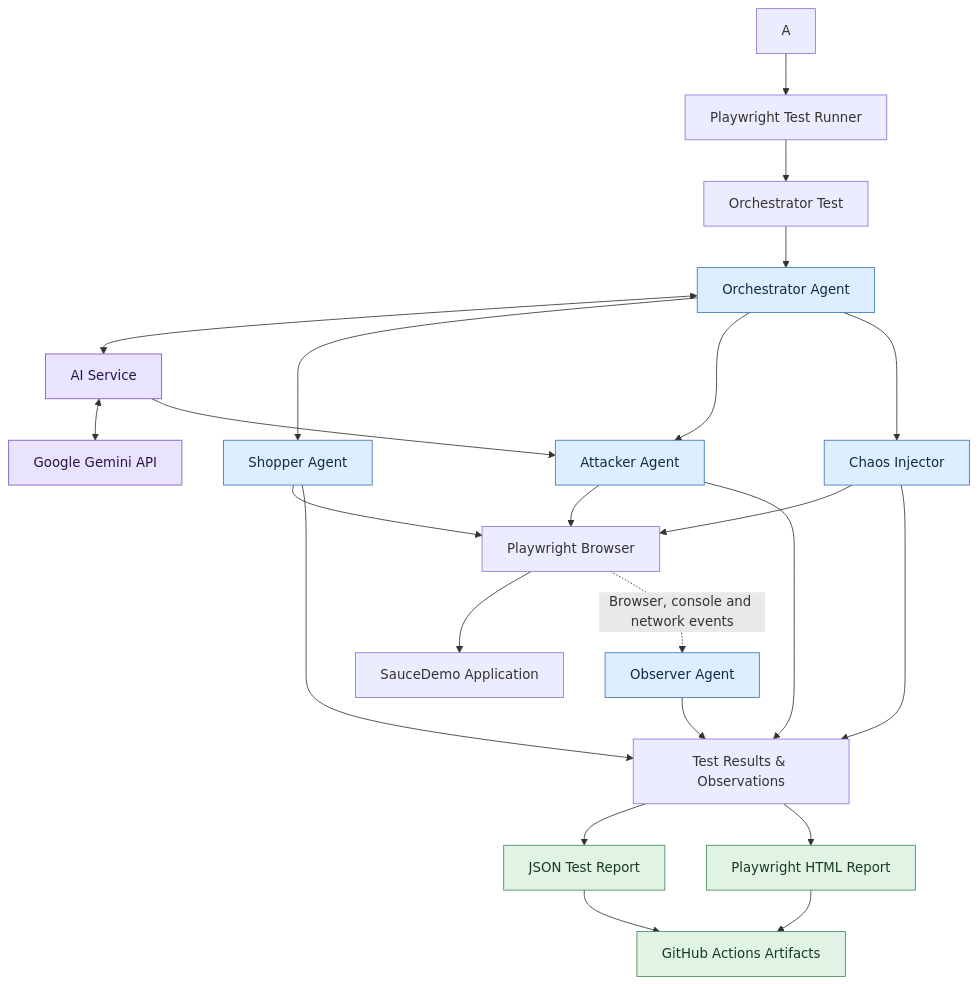
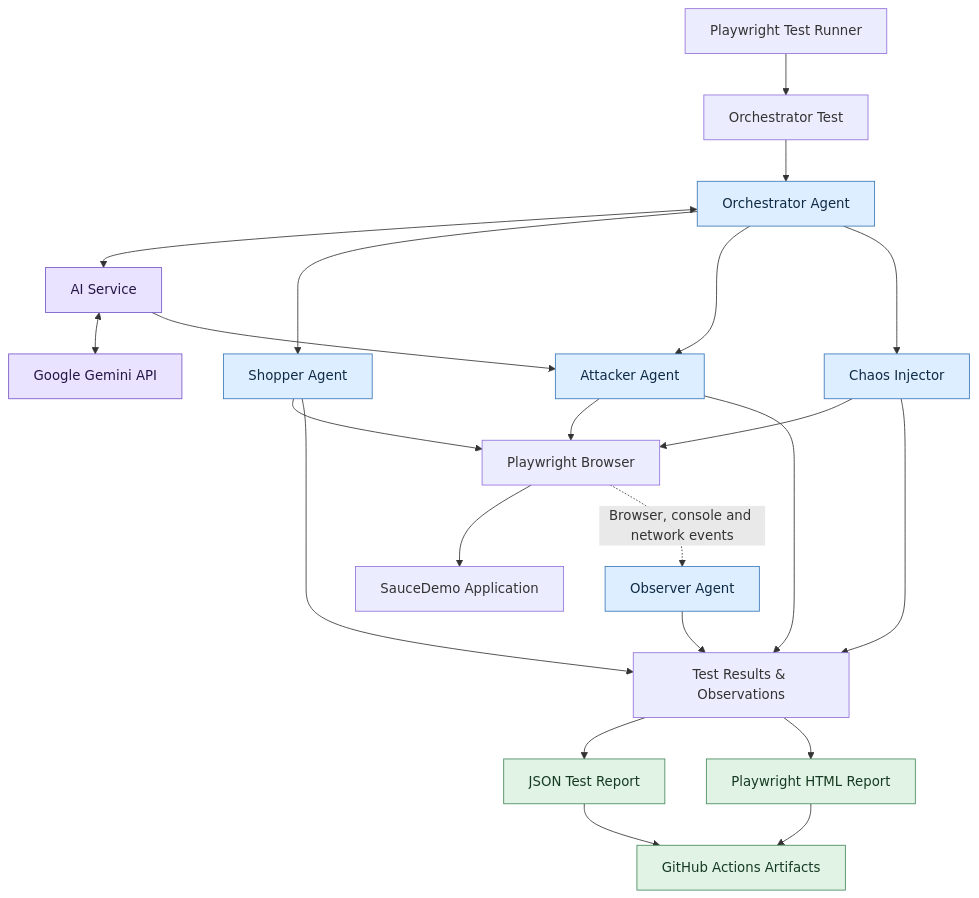
Before and after one commit to jobel1/AI-Powered-Multi-Agent-QA-Automation-Framework: the diagram in README.md, drawn with Mermaid.

Commit message:
Fix formatting in Project Architecture diagram

````diff
--- a/README.md
+++ b/README.md
@@ -19,42 +19,42 @@
 ```mermaid
 flowchart TD
-    A --> B["Playwright Test Runner"]
+    B["Playwright Test Runner"]
     B --> C["Orchestrator Test"]
     C --> D["Orchestrator Agent"]
 
     D <--> E["AI Service"]
     E <--> F["Google Gemini API"]
 
     D --> G["Shopper Agent"]
     D --> H["Attacker Agent"]
     D --> I["Chaos Injector"]
 
     E --> H
 
     G --> J["Playwright Browser"]
     H --> J
     I --> J
 
     J --> K["SauceDemo Application"]
 
     J -. "Browser, console and network events" .-> L["Observer Agent"]
     L --> M["Test Results & Observations"]
 
     G --> M
     H --> M
     I --> M
 
     M --> N["JSON Test Report"]
     M --> O["Playwright HTML Report"]
 
     N --> P["GitHub Actions Artifacts"]
     O --> P
 
     classDef ai fill:#e9e3ff,stroke:#7655c7,color:#241747
     classDef agent fill:#dceeff,stroke:#3976b8,color:#102b45
     classDef output fill:#e0f3e5,stroke:#45885a,color:#173b22
 
     class E,F ai
     class D,G,H,I,L agent
     class N,O,P output
 ```
````
